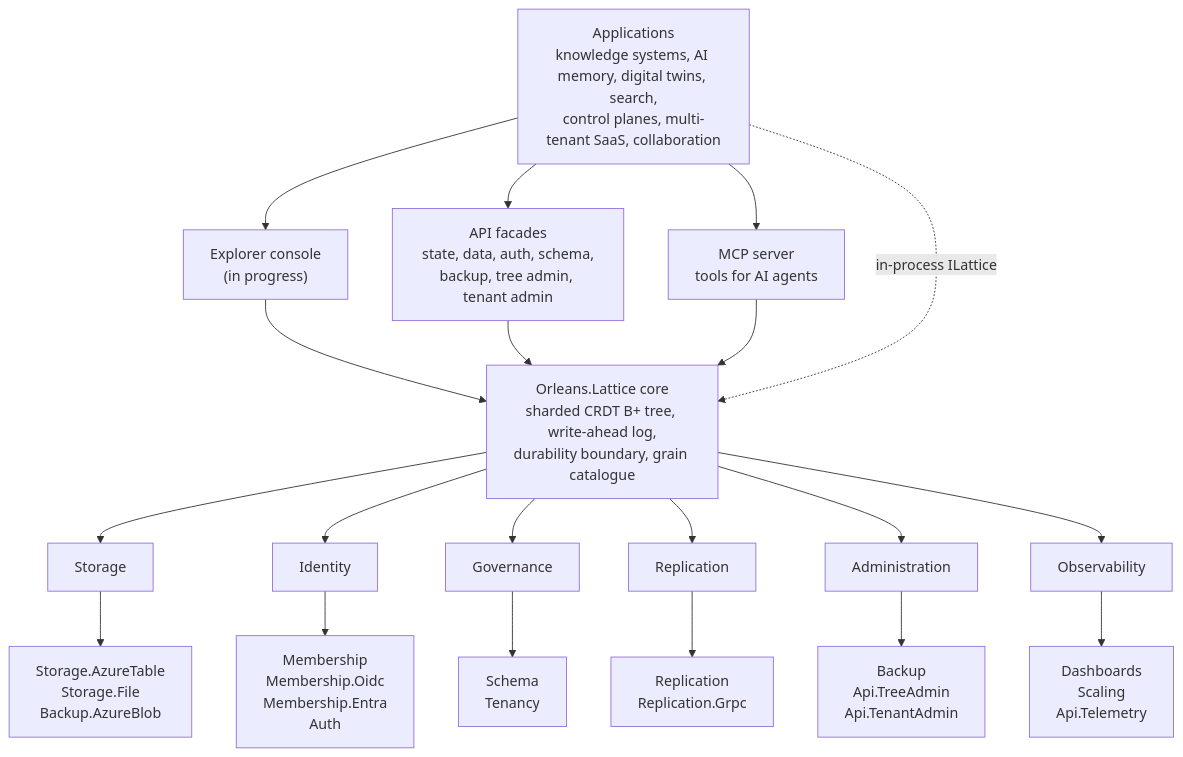
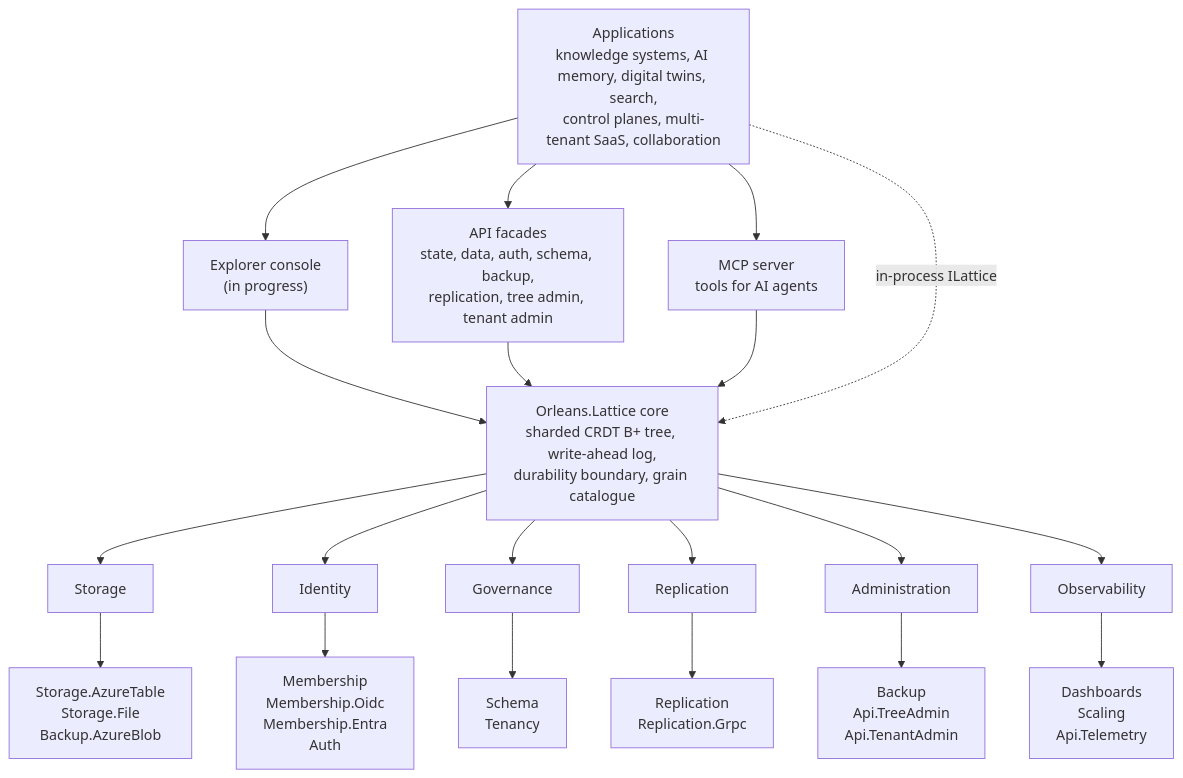
One commit to NSTA1/Orleans.Lattice changed the diagram in README.md. Above: the diagram before and after it, drawn with Mermaid. The commit also changed other lines of this file and 448 other files, not shown here.

````diff
--- a/README.md
+++ b/README.md
@@ -178,29 +178,29 @@
 ```mermaid
 flowchart TD
     App["Applications<br/>knowledge systems, AI memory, digital twins, search,<br/>control planes, multi-tenant SaaS, collaboration"]
 
     App --> Explorer["Explorer console<br/>(in progress)"]
-    App --> Apis["API facades<br/>state, data, auth, schema,<br/>backup, tree admin, tenant admin"]
+    App --> Apis["API facades<br/>state, data, auth, schema, backup,<br/>replication, tree admin, tenant admin"]
     App --> Mcp["MCP server<br/>tools for AI agents"]
 
     Explorer --> Core
     Apis --> Core
     Mcp --> Core
     App -. "in-process ILattice" .-> Core
 
     Core["Orleans.Lattice core<br/>sharded CRDT B+ tree, write-ahead log,<br/>durability boundary, grain catalogue"]
 
     Core --> Storage["Storage"]
     Core --> Identity["Identity"]
     Core --> Governance["Governance"]
     Core --> Replication["Replication"]
     Core --> Administration["Administration"]
     Core --> Observability["Observability"]
 
     Storage --> StoragePkgs["Storage.AzureTable<br/>Storage.File<br/>Backup.AzureBlob"]
     Identity --> IdentityPkgs["Membership<br/>Membership.Oidc<br/>Membership.Entra<br/>Auth"]
     Governance --> GovernancePkgs["Schema<br/>Tenancy"]
     Replication --> ReplicationPkgs["Replication<br/>Replication.Grpc"]
     Administration --> AdminPkgs["Backup<br/>Api.TreeAdmin<br/>Api.TenantAdmin"]
     Observability --> ObsPkgs["Dashboards<br/>Scaling<br/>Api.Telemetry"]
 ```
````
